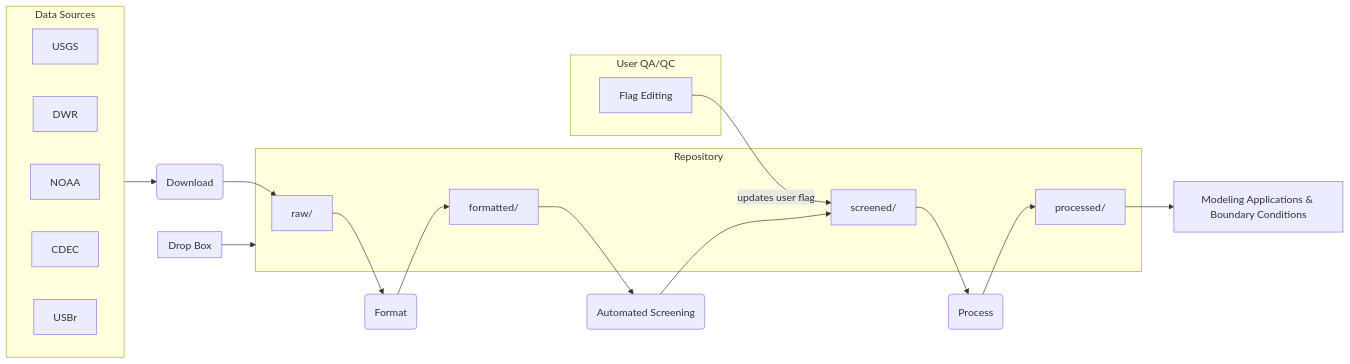
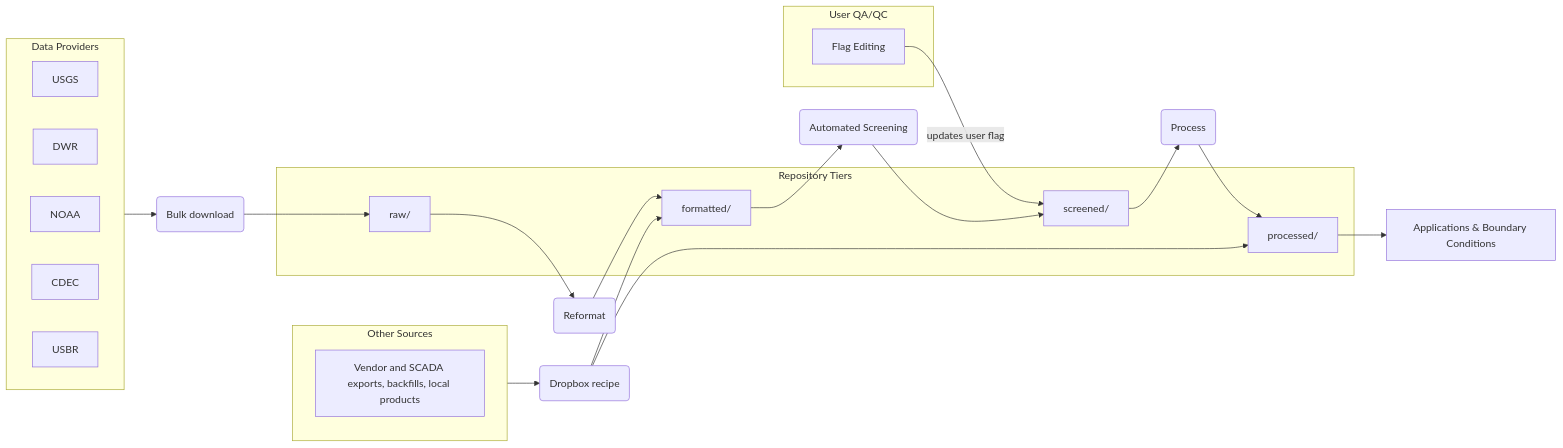
The first of 2 diagrams in docsrc/concepts.rst (CADWRDeltaModeling/dms_datastore), drawn with Mermaid before and after one commit. The commit also changed other lines of this file and 4 other files, not shown here.

```diff
--- a/docsrc/concepts.rst
+++ b/docsrc/concepts.rst
@@ -46,34 +166,36 @@
 .. mermaid::
 
    flowchart LR
-    subgraph datasources ["Data Sources"]
+    subgraph providers ["Data Providers"]
       direction LR
        d1["USGS"]
        d2["DWR"]
        d3["NOAA"]
        d4["CDEC"]
-       d5["USBr"]
+       d5["USBR"]
     end
-    subgraph dropbox ["Drop Box"]
+    subgraph other ["Other Sources"]
+       o1["Vendor and SCADA exports, backfills, local products"]
     end
-    subgraph repograph ["Repository"]
+    subgraph repograph ["Repository Tiers"]
       C2["raw/"]
       D1["formatted/"]
       E1["screened/"]
       F1["processed/"]
     end
     subgraph userqaqc ["User QA/QC"]
            H["Flag Editing"]
            H-- updates user flag -->E1
     end
-       datasources --> B("Download")
+       providers --> B("Bulk download")
        B --> C2
-       C2 --> D("Format")
+       C2 --> D("Reformat")
        D --> D1
+       other --> X("Dropbox recipe")
+       X --> D1
+       X --> F1
        D1 --> E("Automated Screening")
        E --> E1
        E1 --> F("Process")
        F --> F1
-       F1 --> G["Modeling Applications & Boundary Conditions"]
-
-       dropbox --> repograph
+       F1 --> G["Applications & Boundary Conditions"]
```
